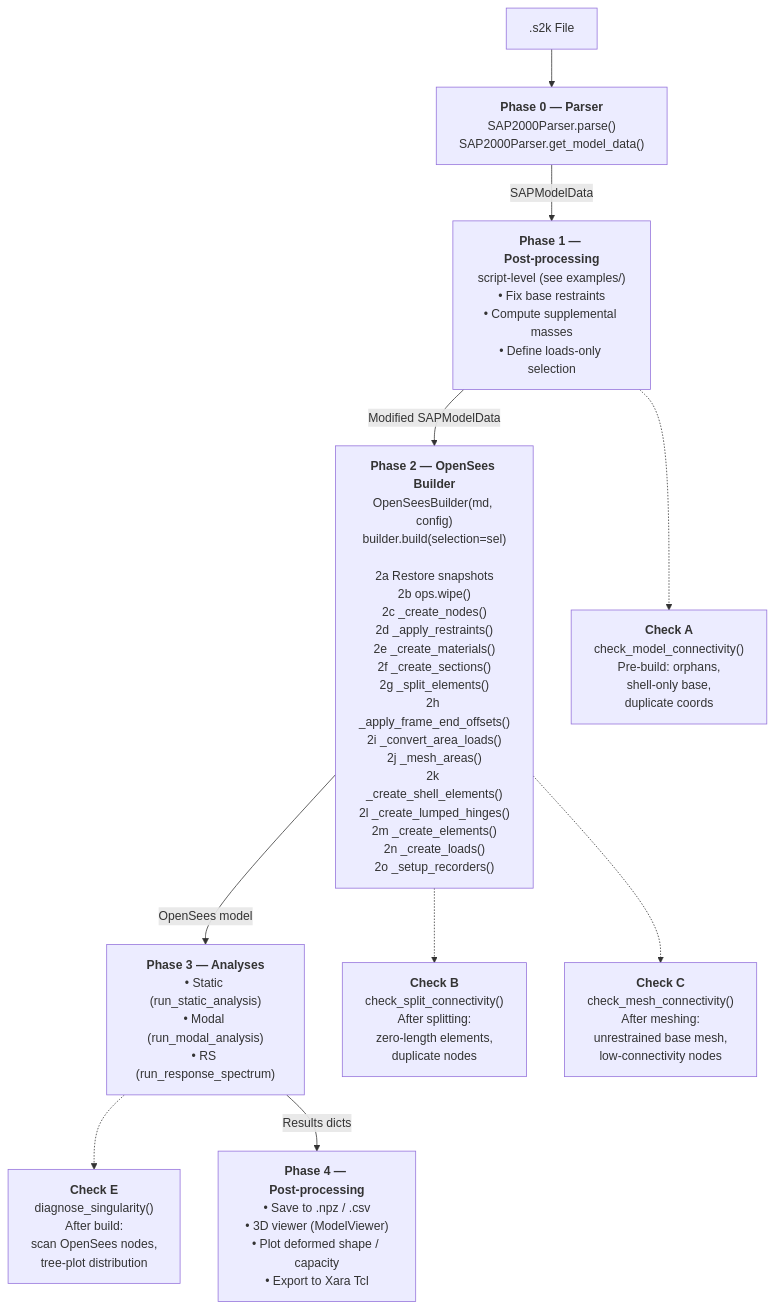
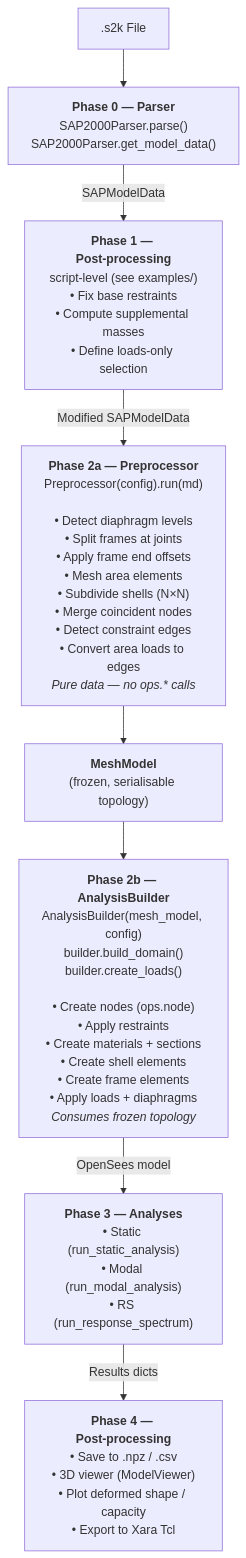
One commit to boustrephon/fea_toolkit changed the diagram in docs/workflow.md. Above: the diagram before and after it, drawn with Mermaid. The commit also changed other lines of this file and 1 other file, not shown here.

First line of the commit message:
docs: document two-stage build in workflow.md and builder_reference.md

````diff
--- a/docs/workflow.md
+++ b/docs/workflow.md
@@ -11,32 +11,26 @@
 ```mermaid
 flowchart TD
     S2K[".s2k File"]
     
     P0["<b>Phase 0 — Parser</b><br/>SAP2000Parser.parse()<br/>SAP2000Parser.get_model_data()"]
     
     P1["<b>Phase 1 — Post‑processing</b><br/>script‑level (see examples/)<br/>• Fix base restraints<br/>• Compute supplemental masses<br/>• Define loads‑only selection"]
     
-    P2["<b>Phase 2 — OpenSees Builder</b><br/>OpenSeesBuilder(md, config)<br/>builder.build(selection=sel)<br/><br/>2a Restore snapshots<br/>2b ops.wipe()<br/>2c _create_nodes()<br/>2d _apply_restraints()<br/>2e _create_materials()<br/>2f _create_sections()<br/>2g _split_elements()<br/>2h _apply_frame_end_offsets()<br/>2i _convert_area_loads()<br/>2j _mesh_areas()<br/>2k _create_shell_elements()<br/>2l _create_lumped_hinges()<br/>2m _create_elements()<br/>2n _create_loads()<br/>2o _setup_recorders()"]
+    P2A["<b>Phase 2a — Preprocessor</b><br/>Preprocessor(config).run(md)<br/><br/>• Detect diaphragm levels<br/>• Split frames at joints<br/>• Apply frame end offsets<br/>• Mesh area elements<br/>• Subdivide shells (N×N)<br/>• Merge coincident nodes<br/>• Detect constraint edges<br/>• Convert area loads to edges<br/><i>Pure data — no ops.* calls</i>"]
+    
+    P2B["<b>Phase 2b — AnalysisBuilder</b><br/>AnalysisBuilder(mesh_model, config)<br/>builder.build_domain()<br/>builder.create_loads()<br/><br/>• Create nodes (ops.node)<br/>• Apply restraints<br/>• Create materials + sections<br/>• Create shell elements<br/>• Create frame elements<br/>• Apply loads + diaphragms<br/><i>Consumes frozen topology</i>"]
     
     P3["<b>Phase 3 — Analyses</b><br/>• Static (run_static_analysis)<br/>• Modal (run_modal_analysis)<br/>• RS (run_response_spectrum)"]
     
     P4["<b>Phase 4 — Post‑processing</b><br/>• Save to .npz / .csv<br/>• 3D viewer (ModelViewer)<br/>• Plot deformed shape / capacity<br/>• Export to Xara Tcl"]
     
-    CA["<b>Check A</b><br/>check_model_connectivity()<br/>Pre‑build: orphans,<br/>shell‑only base,<br/>duplicate coords"]
-    
-    CB["<b>Check B</b><br/>check_split_connectivity()<br/>After splitting:<br/>zero‑length elements,<br/>duplicate nodes"]
-    
-    CC["<b>Check C</b><br/>check_mesh_connectivity()<br/>After meshing:<br/>unrestrained base mesh,<br/>low‑connectivity nodes"]
-    
-    CE["<b>Check E</b><br/>diagnose_singularity()<br/>After build:<br/>scan OpenSees nodes,<br/>tree‑plot distribution"]
+    MM["<b>MeshModel</b><br/>(frozen, serialisable topology)"]
     
     S2K --> P0
     P0 -->|SAPModelData| P1
-    P1 -.-> CA
-    P1 -->|Modified SAPModelData| P2
-    P2 -.-> CB
-    P2 -.-> CC
-    P2 -->|OpenSees model| P3
-    P3 -.-> CE
+    P1 -->|Modified SAPModelData| P2A
+    P2A --> MM
+    MM --> P2B
+    P2B -->|OpenSees model| P3
     P3 -->|Results dicts| P4
 ```
````
